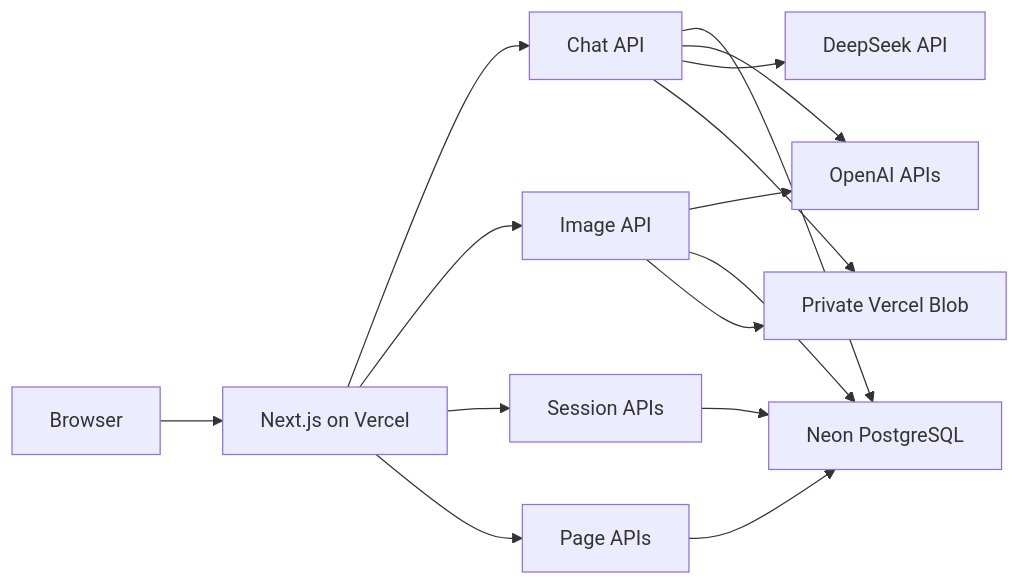
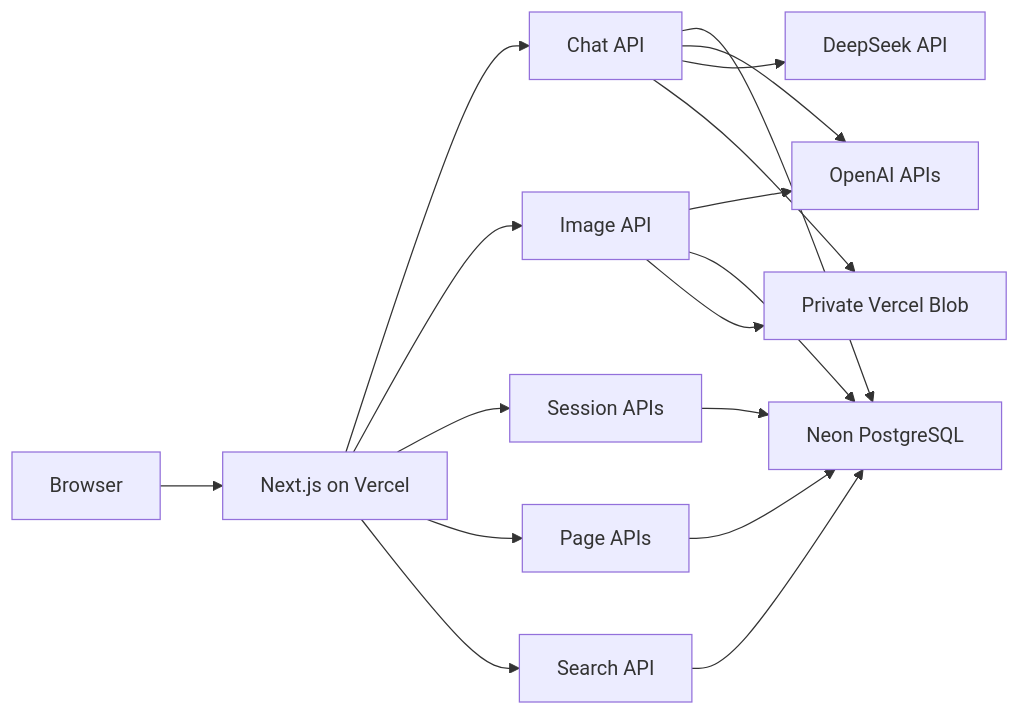
The diagram in docs/architecture/README.md (kakumine2001/NoteFable), drawn with Mermaid before and after one commit. The commit also changed other lines of this file and 76 other files, not shown here.

````diff
--- a/docs/architecture/README.md
+++ b/docs/architecture/README.md
@@ -27,28 +27,31 @@
 ```mermaid
 flowchart LR
     Browser["Browser"]
     App["Next.js on Vercel"]
     Chat["Chat API"]
     Images["Image API"]
     Sessions["Session APIs"]
     Pages["Page APIs"]
+    Search["Search API"]
     Neon["Neon PostgreSQL"]
     Blob["Private Vercel Blob"]
     OpenAI["OpenAI APIs"]
     DeepSeek["DeepSeek API"]
 
     Browser --> App
     App --> Chat
     App --> Images
     App --> Sessions
     App --> Pages
+    App --> Search
     Chat --> Neon
     Chat --> OpenAI
     Chat --> DeepSeek
     Chat --> Blob
     Images --> OpenAI
     Images --> Neon
     Images --> Blob
     Sessions --> Neon
     Pages --> Neon
+    Search --> Neon
 ```
````
